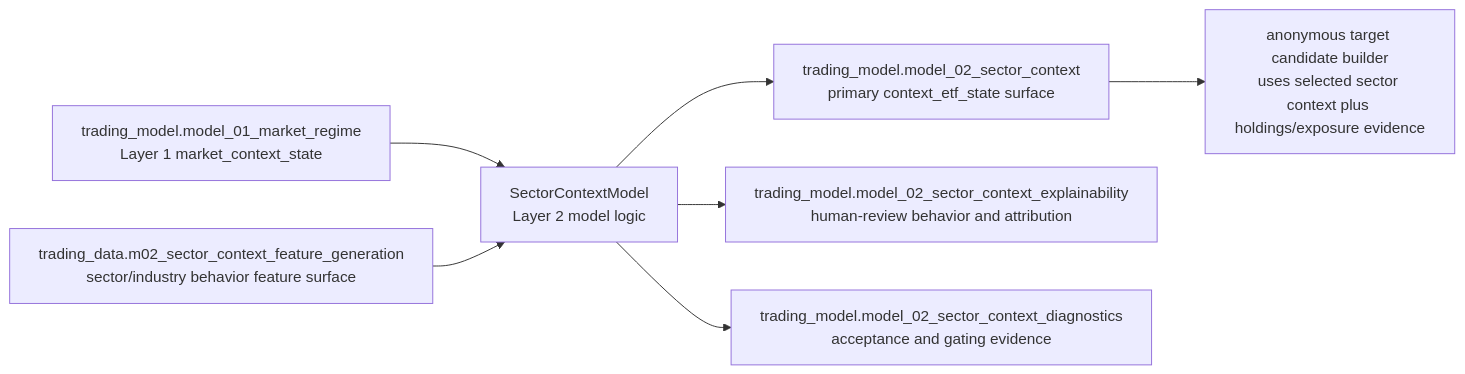
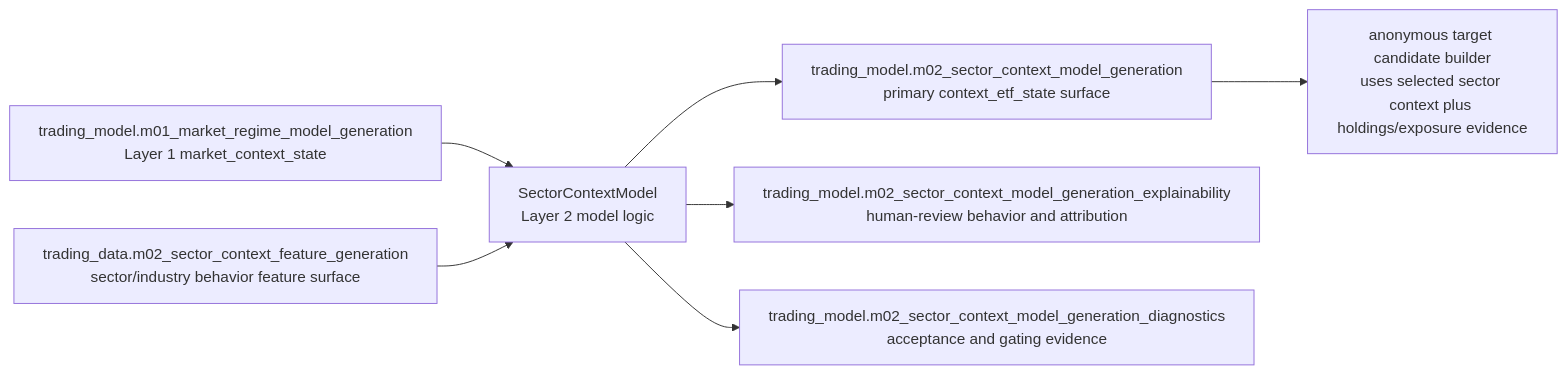
One commit to gilmore307/trading-model changed the diagram in docs/11_layer_02_sector_context.md. Above: the diagram before and after it, drawn with Mermaid. The commit also changed other lines of this file and 29 other files, not shown here.

````diff
--- a/docs/11_layer_02_sector_context.md
+++ b/docs/11_layer_02_sector_context.md
@@ -18,16 +18,16 @@
 ```mermaid
 flowchart LR
-    l1["trading_model.model_01_market_regime<br/>Layer 1 market_context_state"]
+    l1["trading_model.m01_market_regime_model_generation<br/>Layer 1 market_context_state"]
     feature["trading_data.m02_sector_context_feature_generation<br/>sector/industry behavior feature surface"]
     model["SectorContextModel<br/>Layer 2 model logic"]
-    output["trading_model.model_02_sector_context<br/>primary context_etf_state surface"]
-    explain["trading_model.model_02_sector_context_explainability<br/>human-review behavior and attribution"]
-    diagnostics["trading_model.model_02_sector_context_diagnostics<br/>acceptance and gating evidence"]
+    output["trading_model.m02_sector_context_model_generation<br/>primary context_etf_state surface"]
+    explain["trading_model.m02_sector_context_model_generation_explainability<br/>human-review behavior and attribution"]
+    diagnostics["trading_model.m02_sector_context_model_generation_diagnostics<br/>acceptance and gating evidence"]
     builder["anonymous target candidate builder<br/>uses selected sector context plus holdings/exposure evidence"]
 
     l1 --> model
     feature --> model
     model --> output --> builder
     model --> explain
     model --> diagnostics
 ```
````
